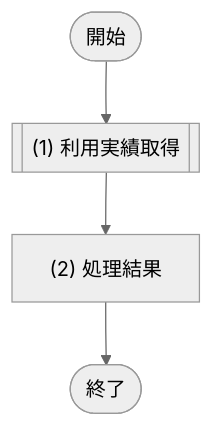
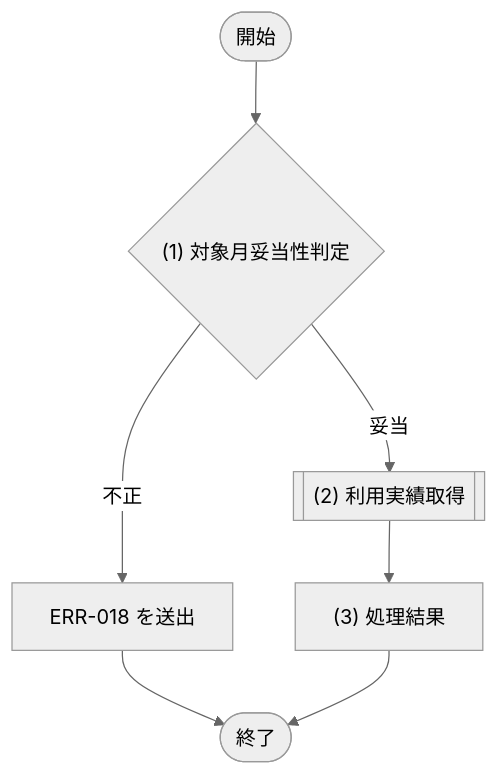
The second of 3 diagrams in docs/03_機能設計/06_モジュール設計/MOD-005_利用実績サービス.md (sikakou54/system-document-template), drawn with Mermaid (neutral theme) before and after one commit. The commit also changed other lines of this file and 136 other files, not shown here.

````diff
--- a/docs/03_機能設計/06_モジュール設計/MOD-005_利用実績サービス.md
+++ b/docs/03_機能設計/06_モジュール設計/MOD-005_利用実績サービス.md
@@ -130,9 +130,13 @@
 ```mermaid
 flowchart TD
   Start([開始])
-  P1[["(1) 利用実績取得"]]
-  P2["(2) 処理結果"]
+  D1{"(1) 対象月妥当性判定"}
+  P1[["(2) 利用実績取得"]]
+  P2["(3) 処理結果"]
+  E1["ERR-018 を送出"]
   End([終了])
 
-  Start --> P1 --> P2 --> End
+  Start --> D1
+  D1 -- "不正" --> E1 --> End
+  D1 -- "妥当" --> P1 --> P2 --> End
 ```
````
